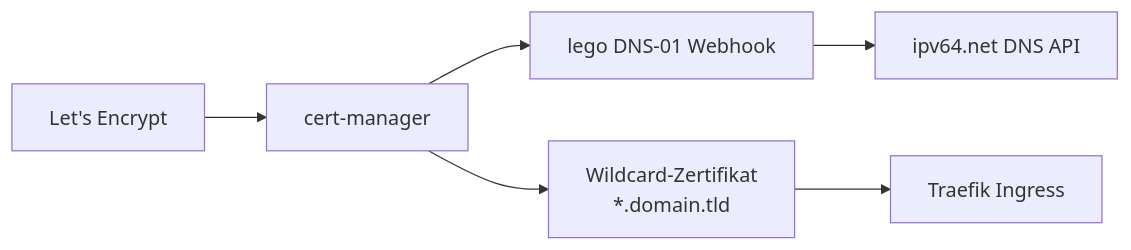
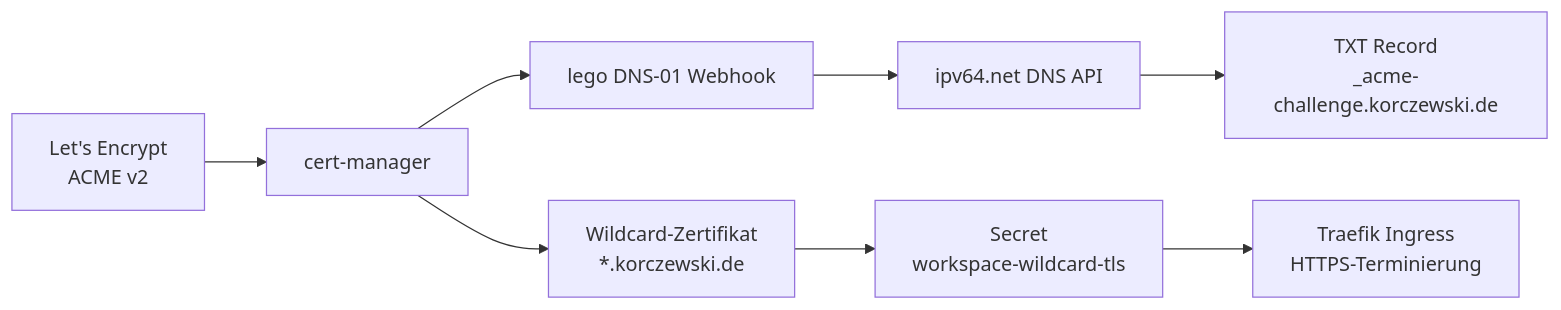
Before and after one commit to Paddione/Bachelorprojekt: the second of 2 diagrams in docs/security.md, drawn with Mermaid. The commit also changed other lines of this file and 3 other files, not shown here.

First line of the commit message:
fix: TLS wildcard cert setup and documentation updates

````diff
--- a/docs/security.md
+++ b/docs/security.md
@@ -123,8 +123,10 @@
 ```mermaid
 flowchart LR
-    LE[Let's Encrypt] --> CM[cert-manager]
+    LE[Let's Encrypt<br/>ACME v2] --> CM[cert-manager]
     CM --> LEGO[lego DNS-01 Webhook]
     LEGO --> IPV64[ipv64.net DNS API]
-    CM --> CERT[Wildcard-Zertifikat<br/>*.domain.tld]
-    CERT --> TRAEFIK[Traefik Ingress]
+    IPV64 --> TXT[TXT Record<br/>_acme-challenge.korczewski.de]
+    CM --> CERT["Wildcard-Zertifikat<br/>*.korczewski.de"]
+    CERT --> SECRET[Secret<br/>workspace-wildcard-tls]
+    SECRET --> TRAEFIK[Traefik Ingress<br/>HTTPS-Terminierung]
 ```
````
